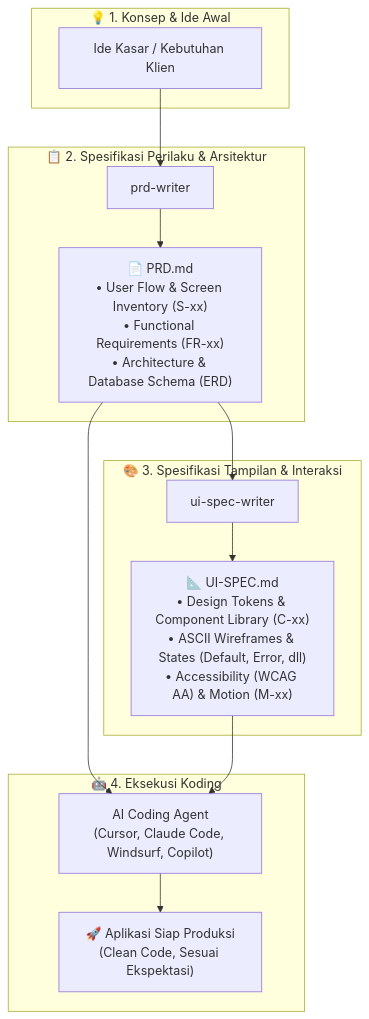
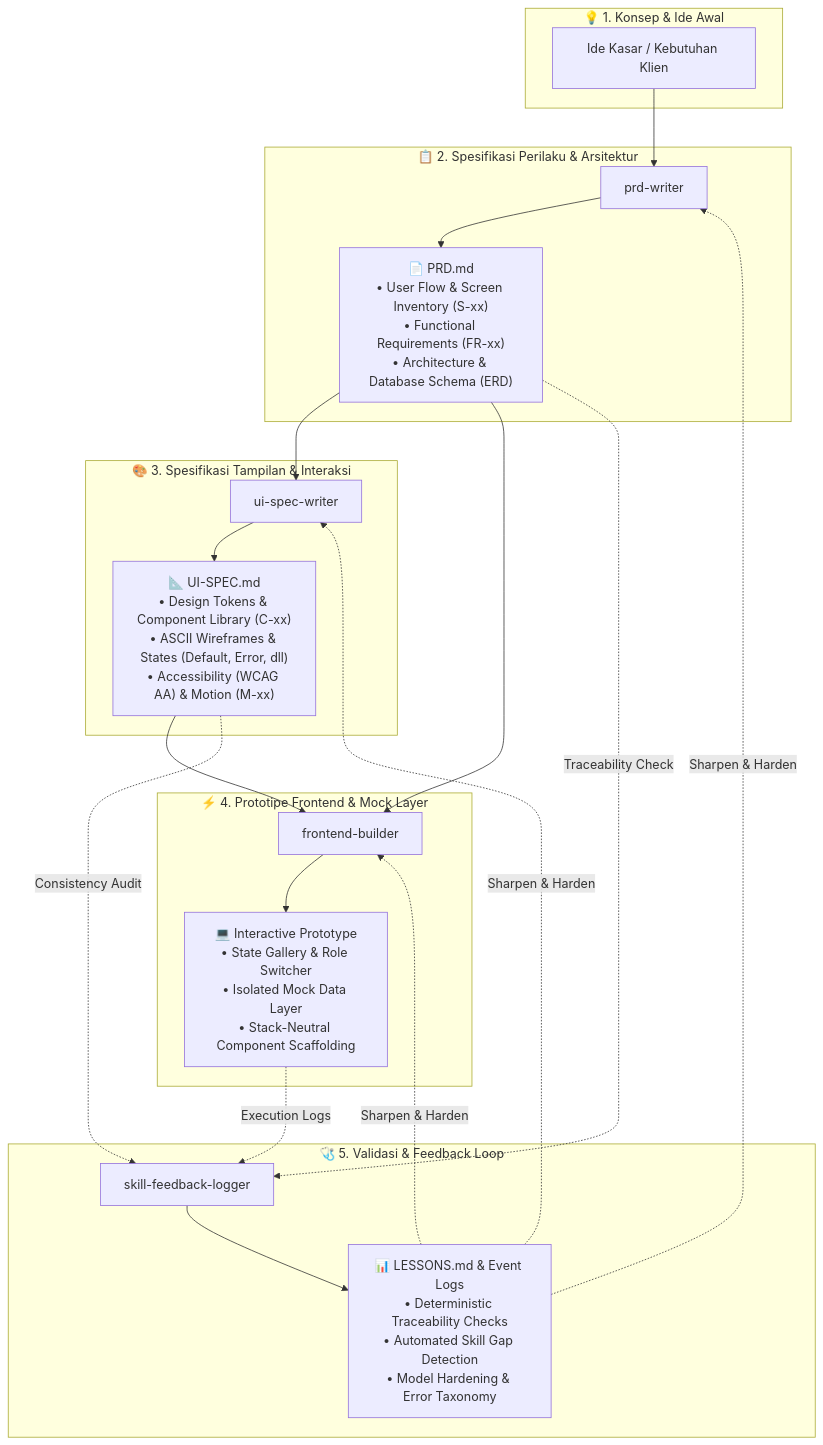
One commit to chandrapratamalab/phantom-skill changed the diagram in README.md. Above: the diagram before and after it, drawn with Mermaid. The commit also changed other lines of this file, not shown here.

````diff
--- a/README.md
+++ b/README.md
@@ -17,25 +19,33 @@
 ```mermaid
 flowchart TD
     subgraph Ideation ["💡 1. Konsep & Ide Awal"]
         A["Ide Kasar / Kebutuhan Klien"]
     end
 
     subgraph Behavior ["📋 2. Spesifikasi Perilaku & Arsitektur"]
         B["prd-writer"] --> C["📄 PRD.md\n• User Flow & Screen Inventory (S-xx)\n• Functional Requirements (FR-xx)\n• Architecture & Database Schema (ERD)"]
     end
 
     subgraph UI ["🎨 3. Spesifikasi Tampilan & Interaksi"]
         D["ui-spec-writer"] --> E["📐 UI-SPEC.md\n• Design Tokens & Component Library (C-xx)\n• ASCII Wireframes & States (Default, Error, dll)\n• Accessibility (WCAG AA) & Motion (M-xx)"]
     end
 
-    subgraph Code ["🤖 4. Eksekusi Koding"]
-        F["AI Coding Agent\n(Cursor, Claude Code, Windsurf, Copilot)"]
-        G["🚀 Aplikasi Siap Produksi\n(Clean Code, Sesuai Ekspektasi)"]
+    subgraph Prototype ["⚡ 4. Prototipe Frontend & Mock Layer"]
+        F["frontend-builder"] --> G["💻 Interactive Prototype\n• State Gallery & Role Switcher\n• Isolated Mock Data Layer\n• Stack-Neutral Component Scaffolding"]
+    end
+
+    subgraph QA ["🩺 5. Validasi & Feedback Loop"]
+        H["skill-feedback-logger"] --> I["📊 LESSONS.md & Event Logs\n• Deterministic Traceability Checks\n• Automated Skill Gap Detection\n• Model Hardening & Error Taxonomy"]
     end
 
     A --> B
     C --> D
     C --> F
     E --> F
-    F --> G
+    C -. Traceability Check .-> H
+    E -. Consistency Audit .-> H
+    G -. Execution Logs .-> H
+    I -. Sharpen & Harden .-> B
+    I -. Sharpen & Harden .-> D
+    I -. Sharpen & Harden .-> F
 ```
````
